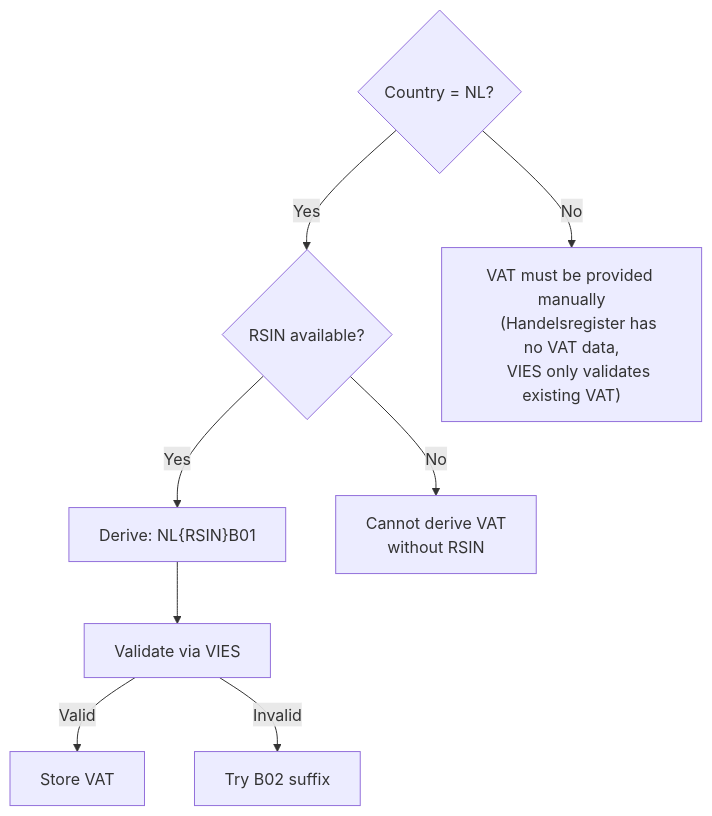
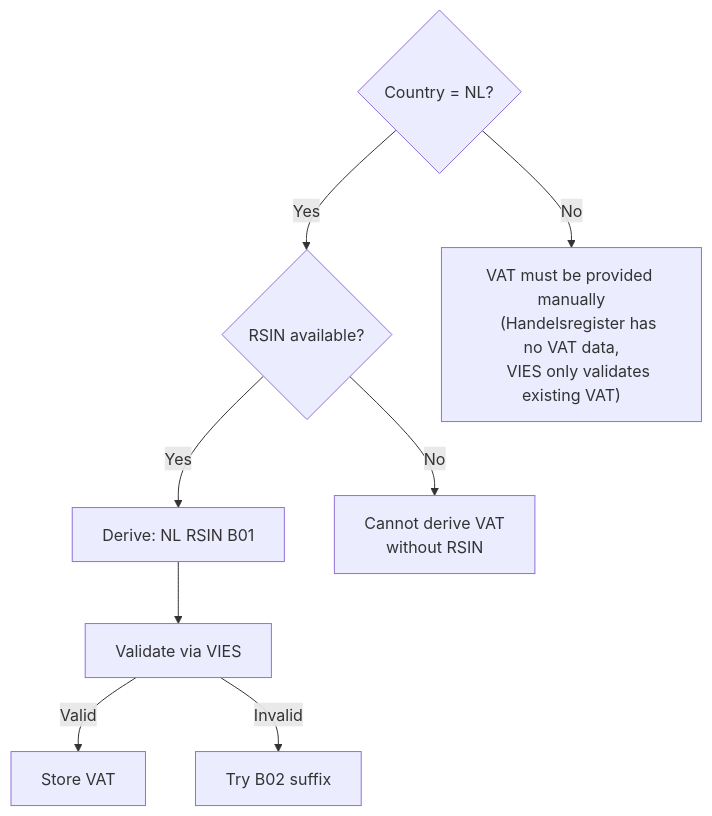
One commit to DeNoronha/ctn-asr-demo changed the sixth of 7 diagrams in docs/ENRICHMENT_ARCHITECTURE.md. Above: the diagram before and after it, drawn with Mermaid. The commit also changed other lines of this file, not shown here.

Commit message:
docs: update ENRICHMENT_ARCHITECTURE.md with GLEIF search strategy and lessons learned

````diff
--- a/docs/ENRICHMENT_ARCHITECTURE.md
+++ b/docs/ENRICHMENT_ARCHITECTURE.md
@@ -383,14 +455,14 @@
 ```mermaid
 flowchart TD
     Q1{Country = NL?}
     Q1 -->|Yes| Q2{RSIN available?}
     Q1 -->|No| MANUAL["VAT must be provided manually
     (Handelsregister has no VAT data,
     VIES only validates existing VAT)"]
-    Q2 -->|Yes| DERIVE["Derive: NL{RSIN}B01"]
+    Q2 -->|Yes| DERIVE["Derive: NL RSIN B01"]
     Q2 -->|No| NO_RSIN["Cannot derive VAT
     without RSIN"]
     DERIVE --> VALIDATE[Validate via VIES]
     VALIDATE --> |Valid| STORE[Store VAT]
     VALIDATE --> |Invalid| TRY_B02["Try B02 suffix"]
 ```
````
